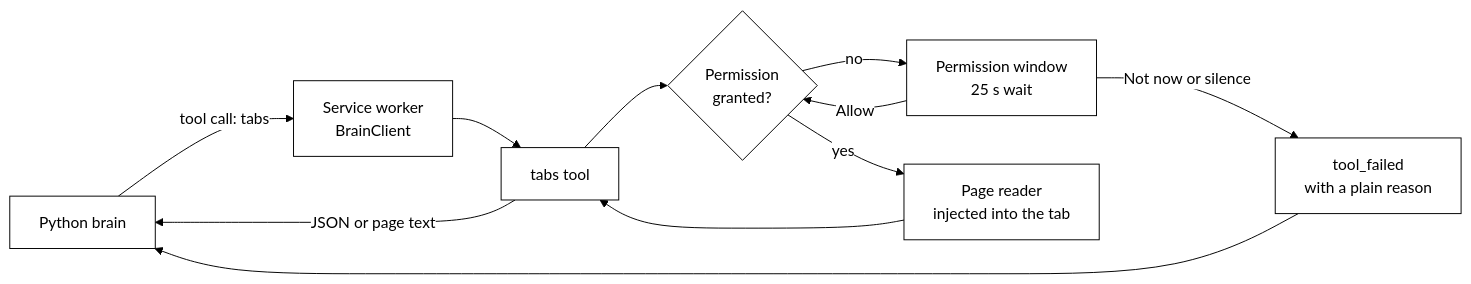
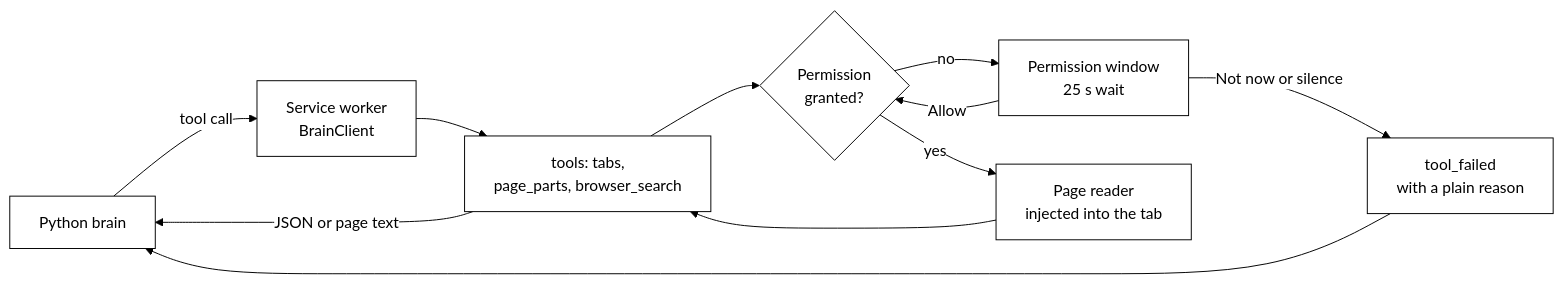
Before and after one commit to nadeem4/tagalong: the diagram in docs/browser-body.md, drawn with Mermaid. The commit also changed other lines of this file and 40 other files, not shown here.

````diff
--- a/docs/browser-body.md
+++ b/docs/browser-body.md
@@ -38,14 +43,14 @@
 ```mermaid
 %%{init: {'theme':'base','themeVariables':{'primaryColor':'#ffffff','primaryTextColor':'#000000','primaryBorderColor':'#000000','lineColor':'#000000'}}}%%
 flowchart LR
-  B["Python brain"] -->|"tool call: tabs"| W["Service worker<br>BrainClient"]
-  W --> T["tabs tool"]
+  B["Python brain"] -->|"tool call"| W["Service worker<br>BrainClient"]
+  W --> T["tools: tabs,<br>page_parts, browser_search"]
   T --> P{"Permission<br>granted?"}
   P -->|"no"| X["Permission window<br>25 s wait"]
   X -->|"Allow"| P
   X -->|"Not now or silence"| E["tool_failed<br>with a plain reason"]
   P -->|"yes"| R["Page reader<br>injected into the tab"]
   R --> T
   T -->|"JSON or page text"| B
   E --> B
 ```
````
